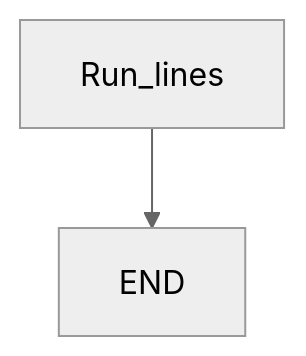
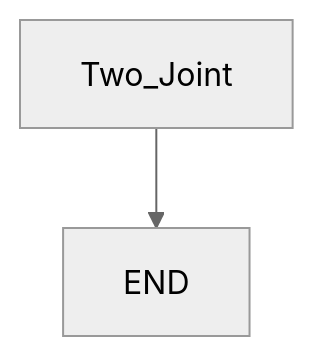
The second of 2 diagrams in practice/fanuc/011-joint-only/doc/guide.md (girijashankarj/garry-tj-robo-journey), drawn with Mermaid (neutral theme) before and after one commit. The commit also changed other lines of this file and 107 other files, not shown here.

````diff
--- a/practice/fanuc/011-joint-only/doc/guide.md
+++ b/practice/fanuc/011-joint-only/doc/guide.md
@@ -33,6 +24,6 @@
 ```mermaid
 flowchart TD
-  go[Run_lines]
-  endn[END]
-  go --> endn
+  run[Two_Joint]
+  done[END]
+  run --> done
 ```
````
